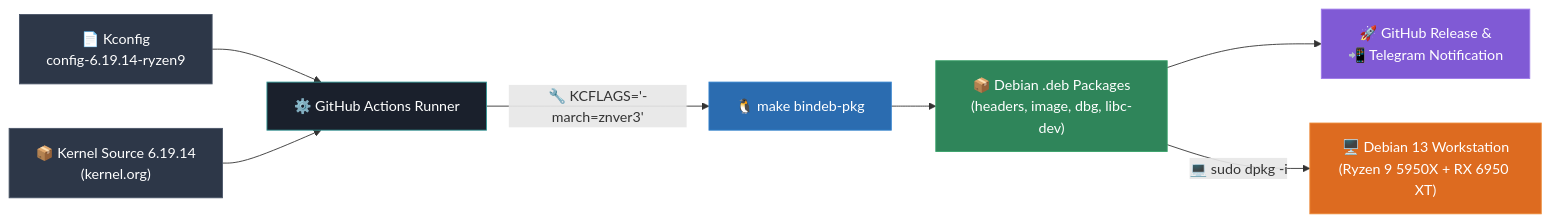
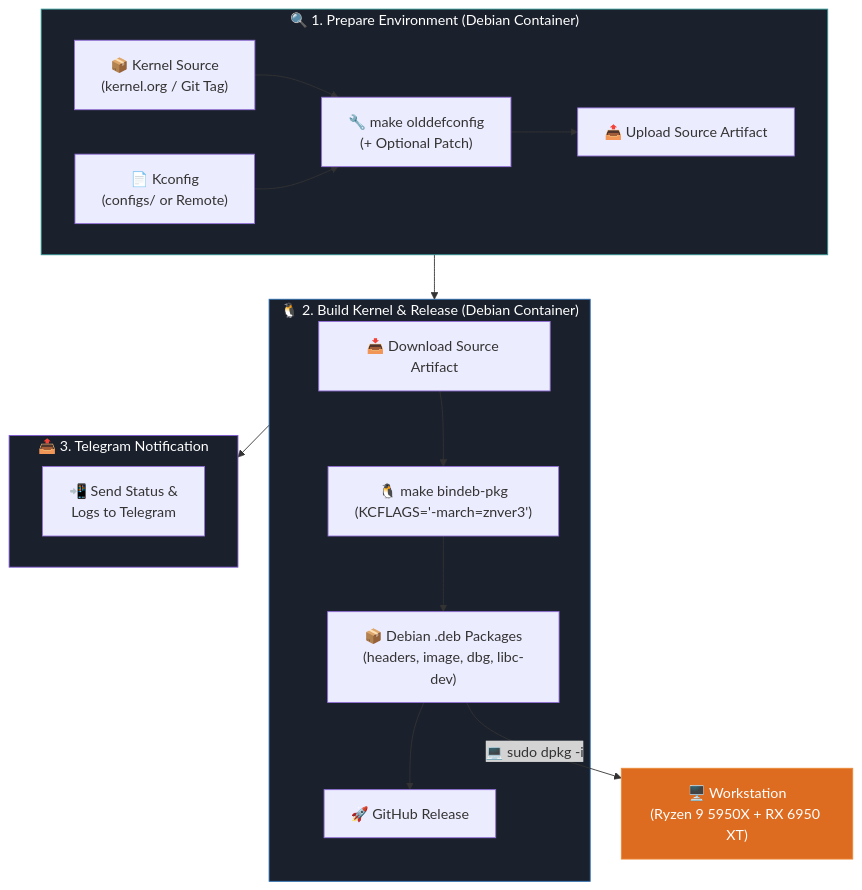
Before and after one commit to azagramac/linux-kernel: the diagram in README.md, drawn with Mermaid. The commit also changed other lines of this file, not shown here.

Commit message:
docs: update architecture Mermaid diagram and eBPF/BTF documentation

````diff
--- a/README.md
+++ b/README.md
@@ -22,17 +23,27 @@
 ```mermaid
-graph LR
-    A["📄 Kconfig<br/>config-6.19.14-ryzen9"] --> B["⚙️ GitHub Actions Runner<br/>"]
-    C["📦 Kernel Source 6.19.14<br/>(kernel.org)"] --> B
-    B -->|"🔧 KCFLAGS='-march=znver3'"| D["🐧 make bindeb-pkg"]
-    D --> E["📦 Debian .deb Packages<br/>(headers, image, dbg, libc-dev)"]
-    E --> F["🚀 GitHub Release &<br/>📲 Telegram Notification"]
-    E -->|"💻 sudo dpkg -i"| G["🖥️ Debian 13 Workstation<br/>(Ryzen 9 5950X + RX 6950 XT)"]
+graph TD
+    subgraph Job1["🔍 1. Prepare Environment (Debian Container)"]
+        A1["📦 Kernel Source<br/>(kernel.org / Git Tag)"] --> A3["🔧 make olddefconfig<br/>(+ Optional Patch)"]
+        A2["📄 Kconfig<br/>(configs/ or Remote)"] --> A3
+        A3 --> A4["📤 Upload Source Artifact"]
+    end
 
-    style A fill:#2d3748,stroke:#4a5568,color:#fff
-    style B fill:#1a202c,stroke:#319795,color:#fff
-    style C fill:#2d3748,stroke:#4a5568,color:#fff
-    style D fill:#2b6cb0,stroke:#3182ce,color:#fff
-    style E fill:#2f855a,stroke:#38a169,color:#fff
-    style F fill:#805ad5,stroke:#9f7aea,color:#fff
-    style G fill:#dd6b20,stroke:#ed8936,color:#fff
+    subgraph Job2["🐧 2. Build Kernel & Release (Debian Container)"]
+        B1["📥 Download Source Artifact"] --> B2["🐧 make bindeb-pkg<br/>(KCFLAGS='-march=znver3')"]
+        B2 --> B3["📦 Debian .deb Packages<br/>(headers, image, dbg, libc-dev)"]
+        B3 --> B4["🚀 GitHub Release"]
+    end
+
+    subgraph Job3["📤 3. Telegram Notification"]
+        C1["📲 Send Status &<br/>Logs to Telegram"]
+    end
+
+    Job1 --> Job2
+    Job2 --> Job3
+    B3 -->|"💻 sudo dpkg -i"| D["🖥️ Workstation<br/>(Ryzen 9 5950X + RX 6950 XT)"]
+
+    style Job1 fill:#1a202c,stroke:#319795,color:#fff
+    style Job2 fill:#1a202c,stroke:#2b6cb0,color:#fff
+    style Job3 fill:#1a202c,stroke:#805ad5,color:#fff
+    style D fill:#dd6b20,stroke:#ed8936,color:#fff
 ```
````
